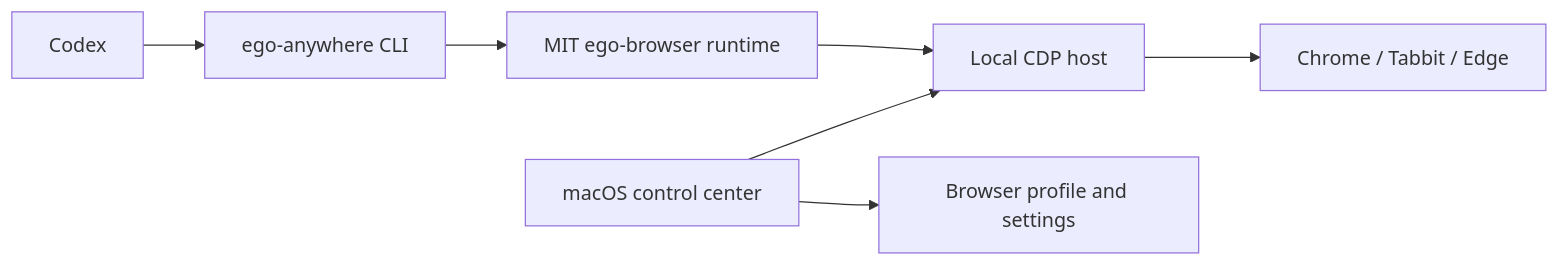
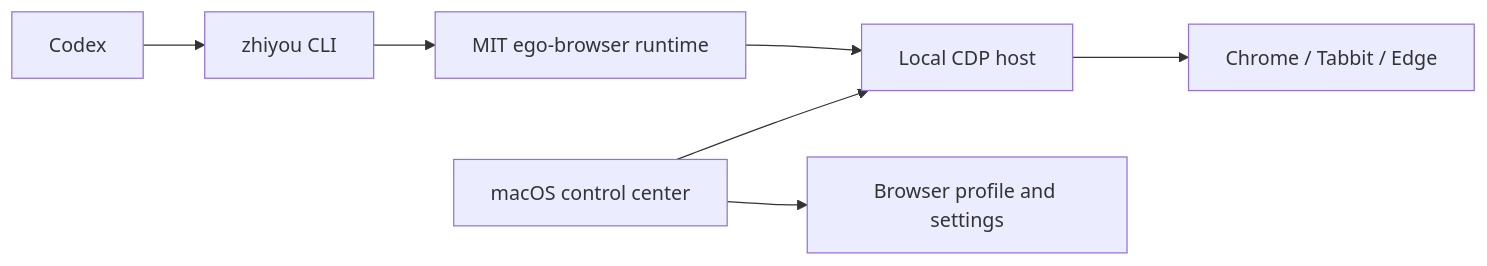
One commit to yangjinmin666/oriel-browser changed the diagram in README.md. Above: the diagram before and after it, drawn with Mermaid. The commit also changed other lines of this file and 14 other files, not shown here.

````diff
--- a/README.md
+++ b/README.md
@@ -29,9 +29,9 @@
 ```mermaid
 flowchart LR
-    A["Codex"] --> B["ego-anywhere CLI"]
+    A["Codex"] --> B["zhiyou CLI"]
     B --> C["MIT ego-browser runtime"]
     C --> D["Local CDP host"]
     D --> E["Chrome / Tabbit / Edge"]
     F["macOS control center"] --> D
     F --> G["Browser profile and settings"]
 ```
````
